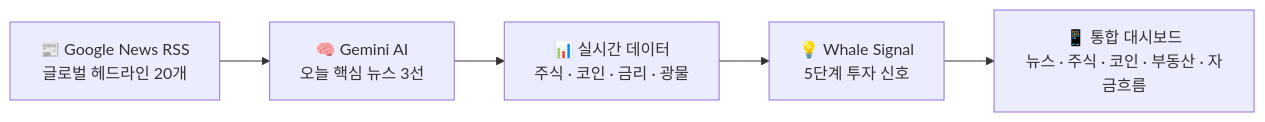
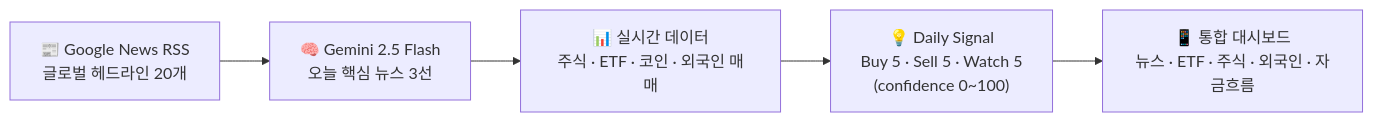
Before and after one commit to forexms78/war-investment-agent: the first of 7 diagrams in README.md, drawn with Mermaid. The commit also changed other lines of this file, not shown here.

````diff
--- a/README.md
+++ b/README.md
@@ -161,7 +70,7 @@
 ```mermaid
 flowchart LR
-    A["📰 Google News RSS\n글로벌 헤드라인 20개"] --> B["🧠 Gemini AI\n오늘 핵심 뉴스 3선"]
-    B --> C["📊 실시간 데이터\n주식 · 코인 · 금리 · 광물"]
-    C --> D["💡 Whale Signal\n5단계 투자 신호"]
-    D --> E["📱 통합 대시보드\n뉴스 · 주식 · 코인 · 부동산 · 자금흐름"]
+    A["📰 Google News RSS\n글로벌 헤드라인 20개"] --> B["🧠 Gemini 2.5 Flash\n오늘 핵심 뉴스 3선"]
+    B --> C["📊 실시간 데이터\n주식 · ETF · 코인 · 외국인 매매"]
+    C --> D["💡 Daily Signal\nBuy 5 · Sell 5 · Watch 5\n(confidence 0~100)"]
+    D --> E["📱 통합 대시보드\n뉴스 · ETF · 주식 · 외국인 · 자금흐름"]
 ```
````
